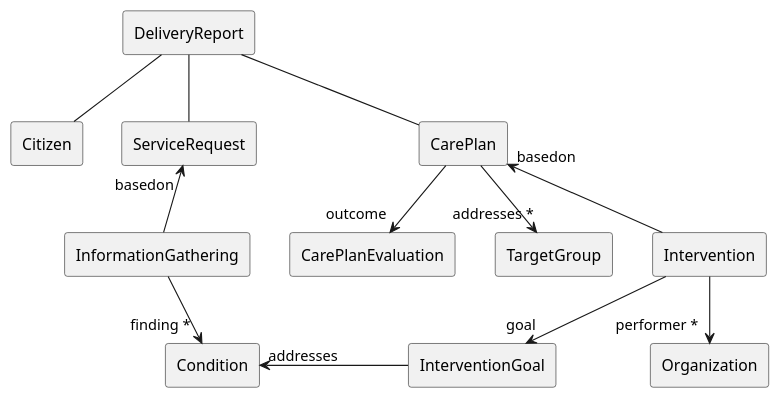
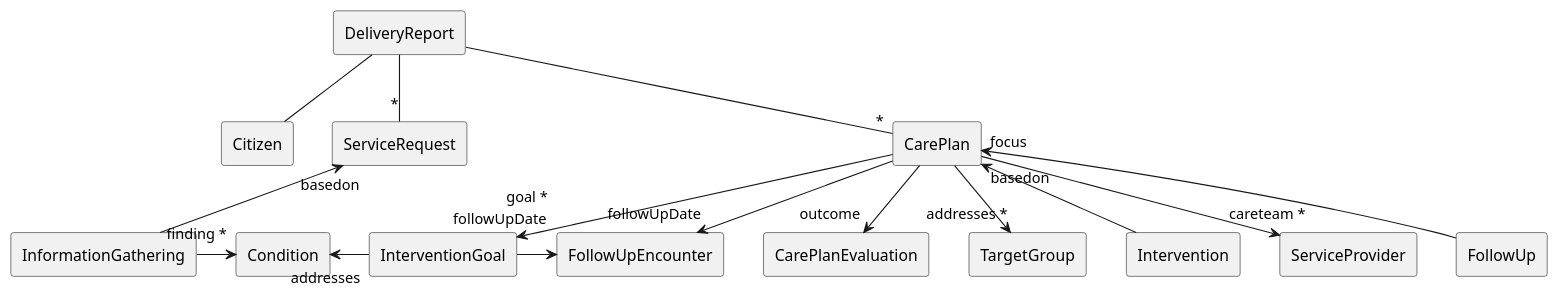
The diagram in input/images-sources/KLReportingFFBDeliveryReport.plantuml (hl7dk/kl-ffb-reporting), drawn with PlantUML before and after one commit. The commit also changed 13 other files, not shown here.

```diff
--- a/input/images-sources/KLReportingFFBDeliveryReport.plantuml
+++ b/input/images-sources/KLReportingFFBDeliveryReport.plantuml
@@ -1,35 +1,43 @@
 @startuml DeliveryReport
+'left to right direction
 
 rectangle "DeliveryReport" as report
 
 rectangle "Citizen" as citizen
 rectangle "ServiceRequest" as request
+
+rectangle "InformationGathering" as information
+rectangle "Condition" as condition
+
 rectangle "CarePlan" as careplan
 
-rectangle "InformationGathering" as information
 rectangle "CarePlanEvaluation" as careplanevaluation
+rectangle "InterventionGoal" as goal
+
 rectangle "TargetGroup" as targetgroup
+
 rectangle "Intervention" as intervention
+rectangle "ServiceProvider" as provider
 
-rectangle "Condition" as condition
-rectangle "InterventionGoal" as goal
-rectangle "Organization" as organization
+rectangle "FollowUp" as followup
+
+rectangle "FollowUpEncounter" as encounter
 
 report -- citizen
-report -- request
-report -- careplan
+report --"*" request
+report --"*" careplan
+
+information ->"finding *" condition
 
 request "basedon"<-- information
-' careplan -->"goal *" goal
+careplan -->"goal *\n" goal
 careplan -->"outcome" careplanevaluation
 careplan -->"addresses *" targetgroup
 careplan "basedon"<-- intervention
-
-information -->"finding *" condition
+careplan -->"careteam *" provider
+careplan "focus"<-- followup
 condition "addresses"<- goal
 
-intervention -->"performer *" organization
-
-intervention -->"goal" goal
-
+careplan -->"followUpDate" encounter
+goal ->"followUpDate" encounter
 @enduml
```
